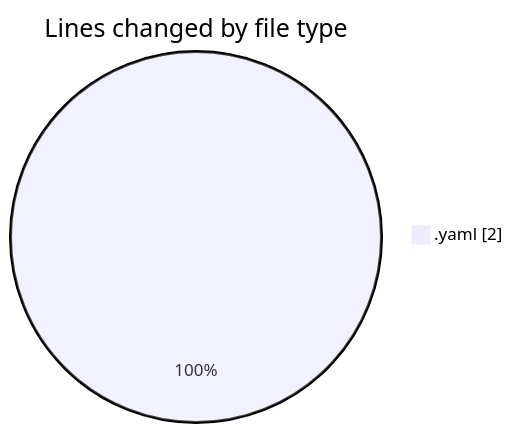
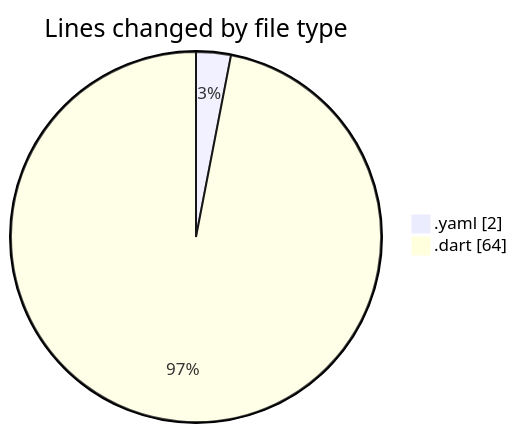
Before and after one commit to donsfak/code-tracking: the first of 2 diagrams in 2025-02-27/drivers_app/README.md, drawn with Mermaid. The commit also changed other lines of this file and 1 other file, not shown here.

````diff
--- a/2025-02-27/drivers_app/README.md
+++ b/2025-02-27/drivers_app/README.md
@@ -20,5 +21,6 @@
 ```mermaid
 pie showData
 title Lines changed by file type
 ".yaml" : 2
+".dart" : 64
 ```
````
